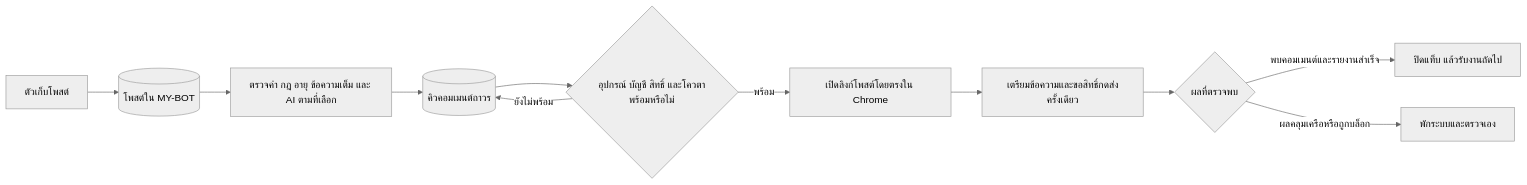
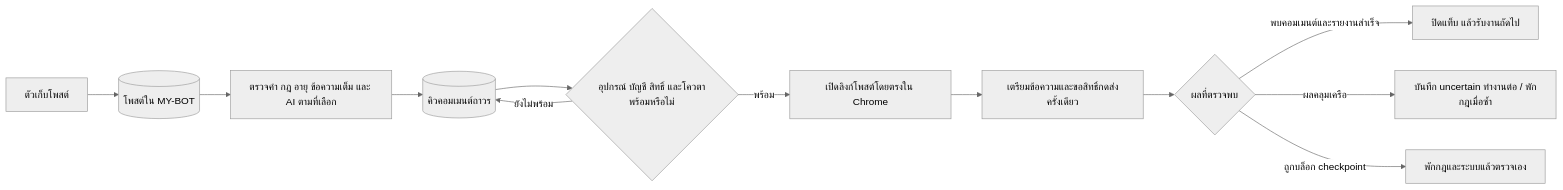
Before and after one commit to ntpten-x/my-bot: the diagram in docs/COMMENT-PIPELINE-1.11.12.th.md, drawn with Mermaid (neutral theme). The commit also changed 16 other files, not shown here.

````diff
--- a/docs/COMMENT-PIPELINE-1.11.12.th.md
+++ b/docs/COMMENT-PIPELINE-1.11.12.th.md
@@ -7,13 +7,14 @@
 ```mermaid
 flowchart LR
   A[ตัวเก็บโพสต์] --> B[(โพสต์ใน MY-BOT)]
   B --> C[ตรวจคำ กฎ อายุ ข้อความเต็ม และ AI ตามที่เลือก]
   C --> D[(คิวคอมเมนต์ถาวร)]
   D --> E{อุปกรณ์ บัญชี สิทธิ์ และโควตาพร้อมหรือไม่}
   E -->|ยังไม่พร้อม| D
   E -->|พร้อม| F[เปิดลิงก์โพสต์โดยตรงใน Chrome]
   F --> G[เตรียมข้อความและขอสิทธิ์กดส่งครั้งเดียว]
   G --> H{ผลที่ตรวจพบ}
   H -->|พบคอมเมนต์และรายงานสำเร็จ| I[ปิดแท็บ แล้วรับงานถัดไป]
-  H -->|ผลคลุมเครือหรือถูกบล็อก| J[พักระบบและตรวจเอง]
+  H -->|ผลคลุมเครือ| J[บันทึก uncertain ทำงานต่อ / พักกฎเมื่อซ้ำ]
+  H -->|ถูกบล็อก checkpoint| J2[พักกฎและระบบแล้วตรวจเอง]
 ```
````
